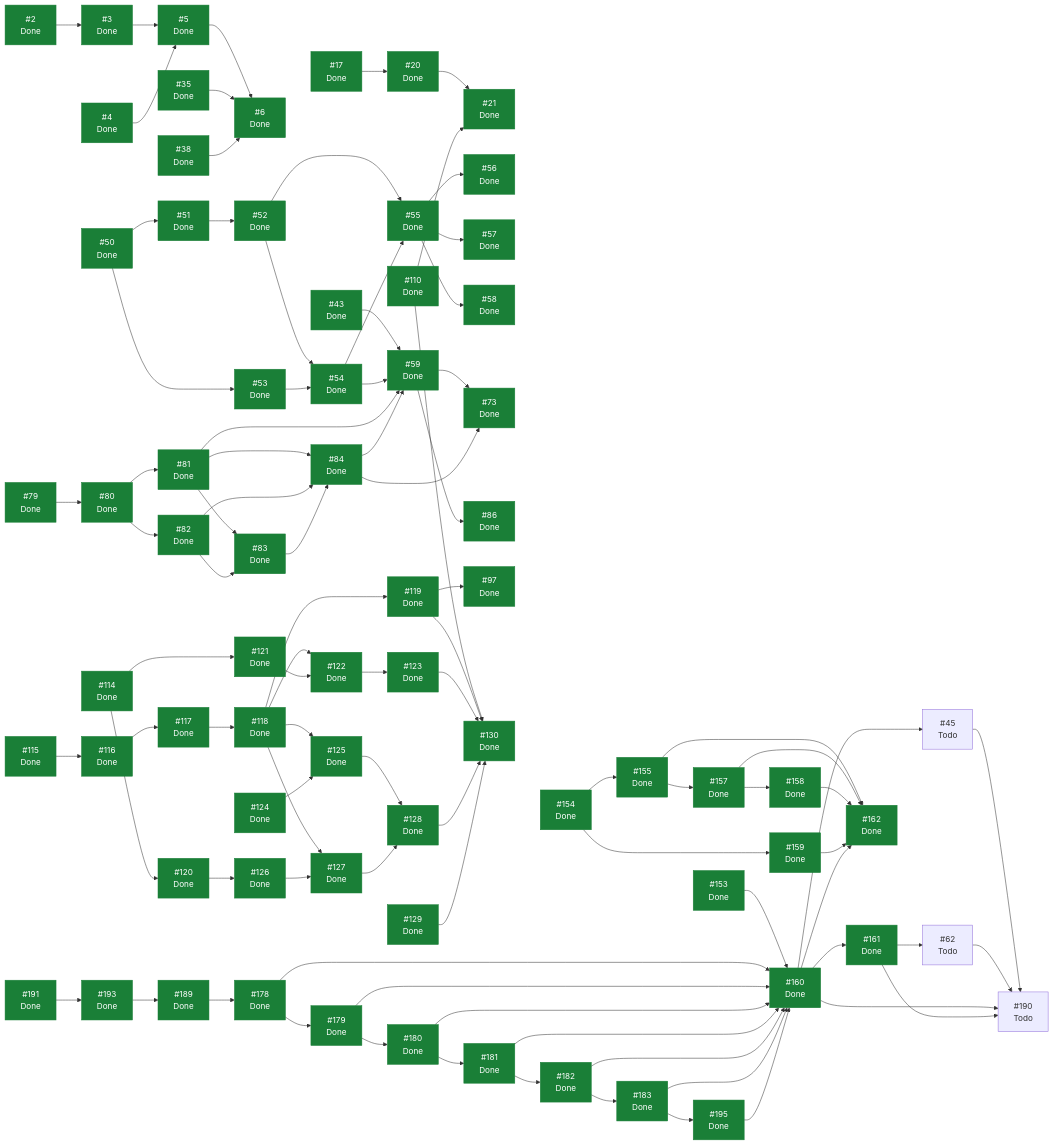
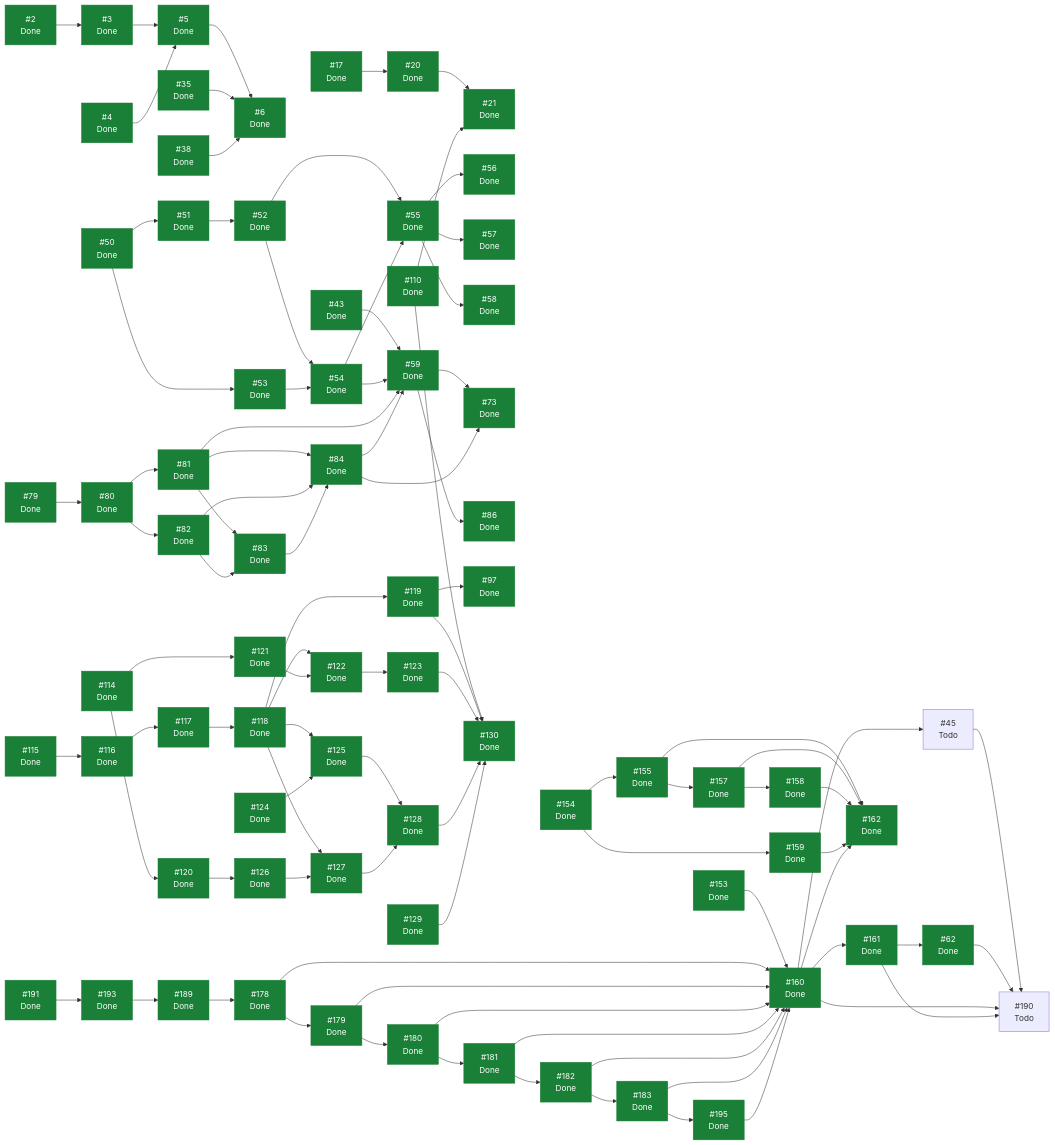
The diagram in docs/planning/STATUS.md (ecamp0s/evault), drawn with Mermaid before and after one commit. The commit also changed other lines of this file, not shown here.

````diff
--- a/docs/planning/STATUS.md
+++ b/docs/planning/STATUS.md
@@ -218,7 +217,7 @@
   I57["#57<br/>Done"]
   I58["#58<br/>Done"]
   I59["#59<br/>Done"]
-  I62["#62<br/>Todo"]
+  I62["#62<br/>Done"]
   I73["#73<br/>Done"]
   I79["#79<br/>Done"]
   I80["#80<br/>Done"]
@@ -356,5 +355,5 @@
   I193 --> I189
   I195 --> I160
   classDef hecho fill:#1a7f37,stroke:#1a7f37,color:#fff;
-  class I2,I3,I4,I5,I6,I17,I20,I21,I35,I38,I43,I50,I51,I52,I53,I54,I55,I56,I57,I58,I59,I73,I79,I80,I81,I82,I83,I84,I86,I97,I110,I114,I115,I116,I117,I118,I119,I120,I121,I122,I123,I124,I125,I126,I127,I128,I129,I130,I153,I154,I155,I157,I158,I159,I160,I161,I162,I178,I179,I180,I181,I182,I183,I189,I191,I193,I195 hecho;
+  class I2,I3,I4,I5,I6,I17,I20,I21,I35,I38,I43,I50,I51,I52,I53,I54,I55,I56,I57,I58,I59,I62,I73,I79,I80,I81,I82,I83,I84,I86,I97,I110,I114,I115,I116,I117,I118,I119,I120,I121,I122,I123,I124,I125,I126,I127,I128,I129,I130,I153,I154,I155,I157,I158,I159,I160,I161,I162,I178,I179,I180,I181,I182,I183,I189,I191,I193,I195 hecho;
 ```
````
